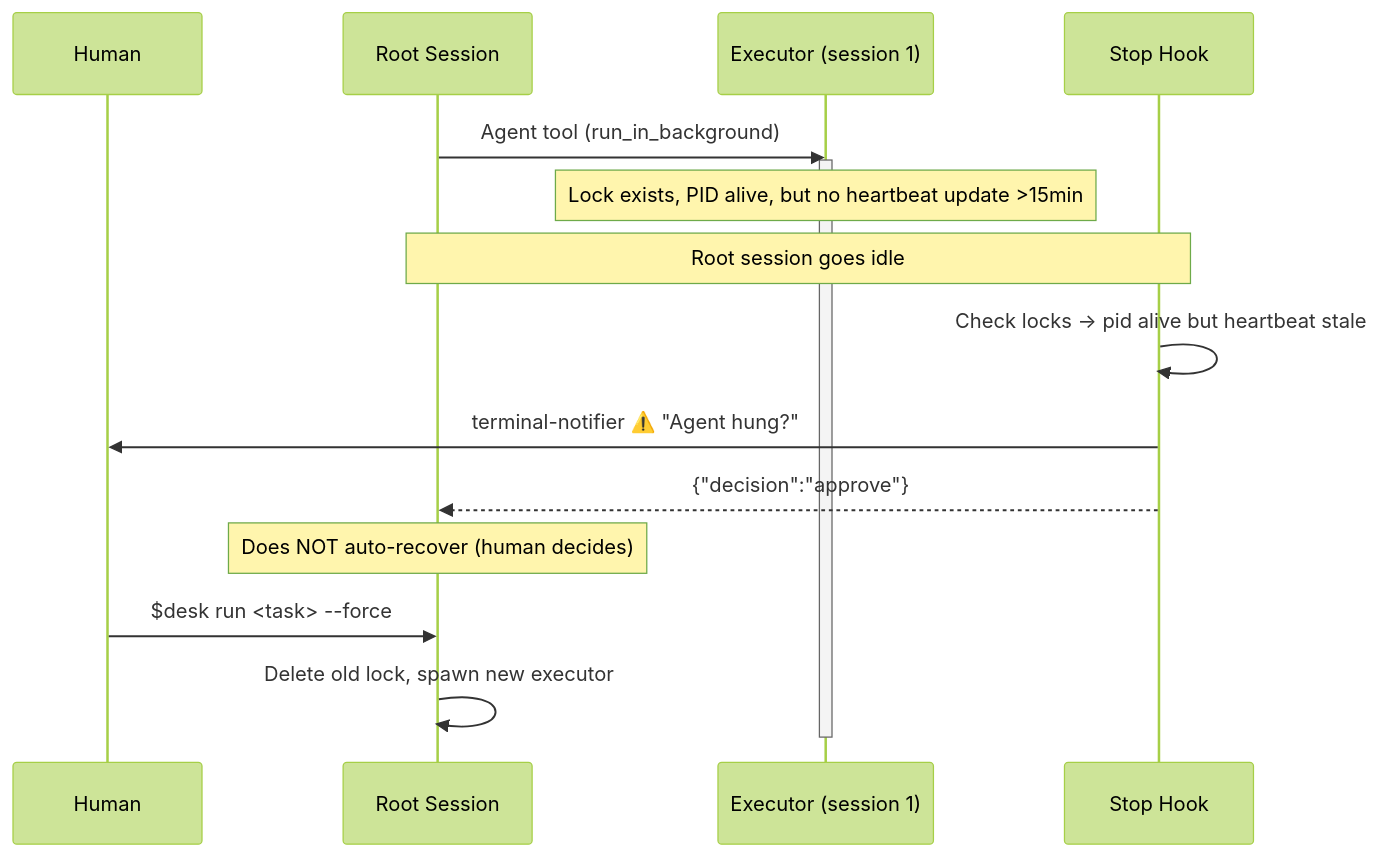
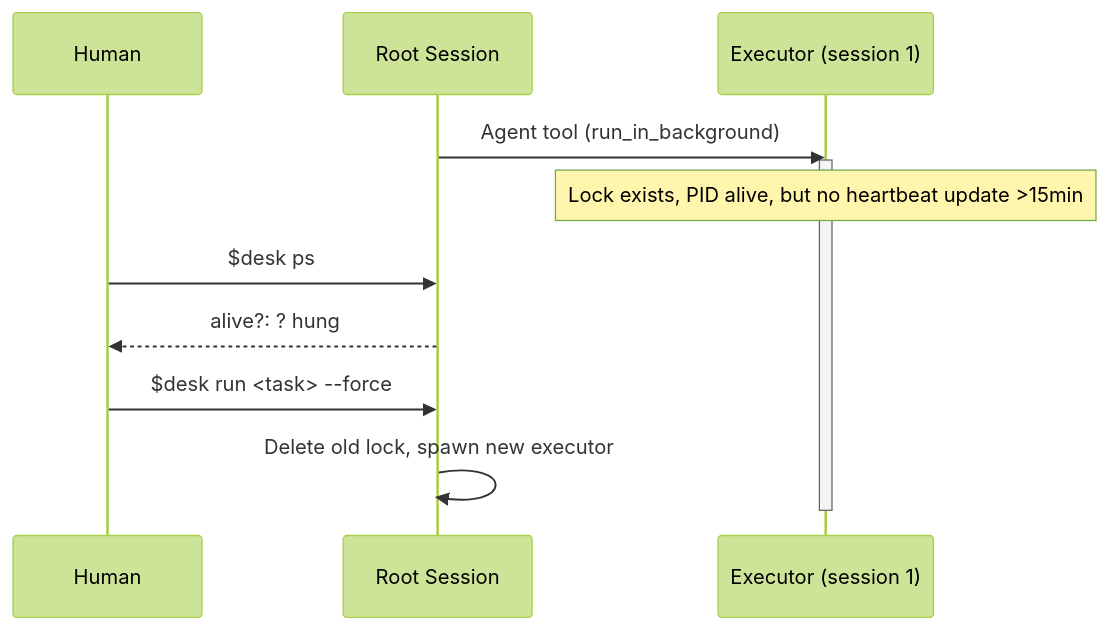
One commit to hrfmmr/dotfiles changed the fourth of 6 diagrams in codex/skills/desk/references/sequence-diagrams.md. Above: the diagram before and after it, drawn with Mermaid (forest theme). The commit also changed other lines of this file and 4 other files, not shown here.

Commit message:
chore: remove desk stop hook flow

````diff
--- a/codex/skills/desk/references/sequence-diagrams.md
+++ b/codex/skills/desk/references/sequence-diagrams.md
@@ -121,21 +112,16 @@
 ```mermaid
 sequenceDiagram
     participant H as Human
     participant R as Root Session
     participant E1 as Executor (session 1)
-    participant Hook as Stop Hook
 
     R->>E1: Agent tool (run_in_background)
     activate E1
     Note over E1: Lock exists, PID alive, but no heartbeat update >15min
 
-    Note over R,Hook: Root session goes idle
-    Hook->>Hook: Check locks → pid alive but heartbeat stale
-    Hook->>H: terminal-notifier ⚠️ "Agent hung?"
-    Hook-->>R: {"decision":"approve"}
-    Note over R: Does NOT auto-recover (human decides)
-
+    H->>R: $desk ps
+    R-->>H: alive?: ? hung
     H->>R: $desk run <task> --force
     R->>R: Delete old lock, spawn new executor
     deactivate E1
 ```
````
